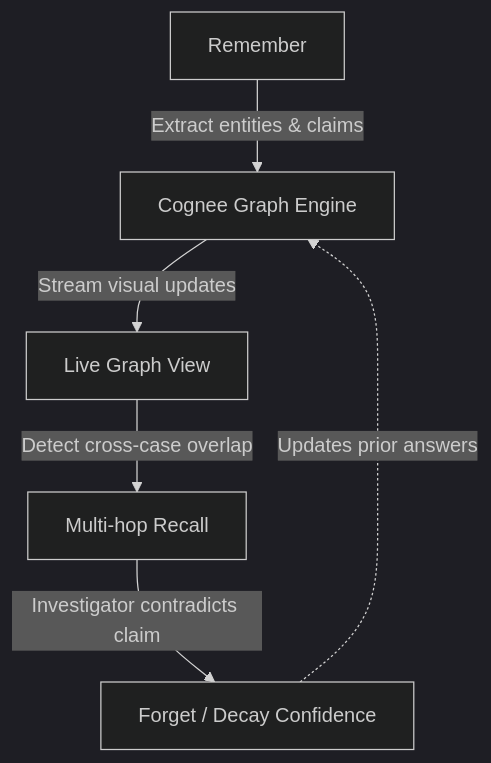
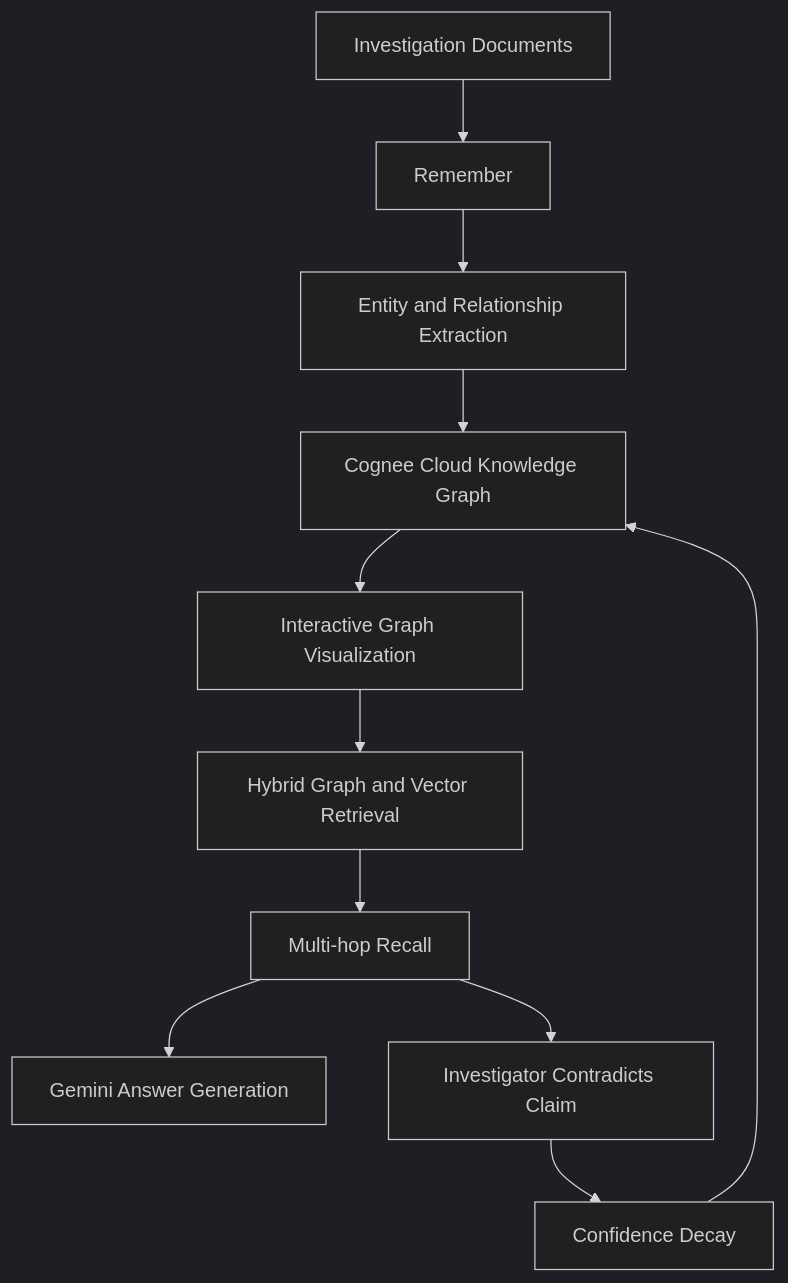
The diagram in README.md (rushikeshbathe096/RedThread), drawn with Mermaid (dark theme) before and after one commit. The commit also changed other lines of this file, not shown here.

````diff
--- a/README.md
+++ b/README.md
@@ -11,8 +28,13 @@
 ```mermaid
-graph TD
-    A[Remember] -->|Extract entities & claims| B[Cognee Graph Engine]
-    B -->|Stream visual updates| C[Live Graph View]
-    C -->|Detect cross-case overlap| D[Multi-hop Recall]
-    D -->|Investigator contradicts claim| E[Forget / Decay Confidence]
-    E -.->|Updates prior answers| B
+flowchart TD
+    A[Investigation Documents] --> B[Remember]
+    B --> C[Entity and Relationship Extraction]
+    C --> D[Cognee Cloud Knowledge Graph]
+    D --> E[Interactive Graph Visualization]
+    E --> F[Hybrid Graph and Vector Retrieval]
+    F --> G[Multi-hop Recall]
+    G --> H[Gemini Answer Generation]
+    G --> I[Investigator Contradicts Claim]
+    I --> J[Confidence Decay]
+    J --> D
 ```
````
